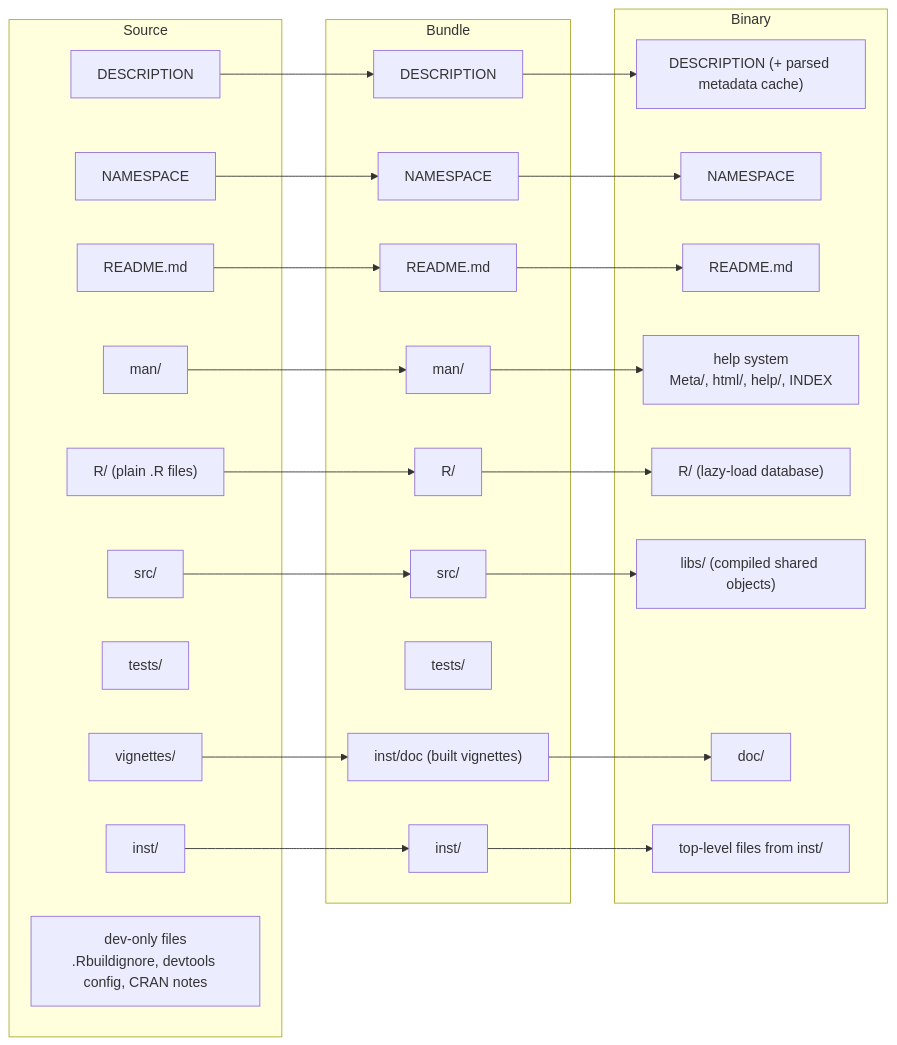
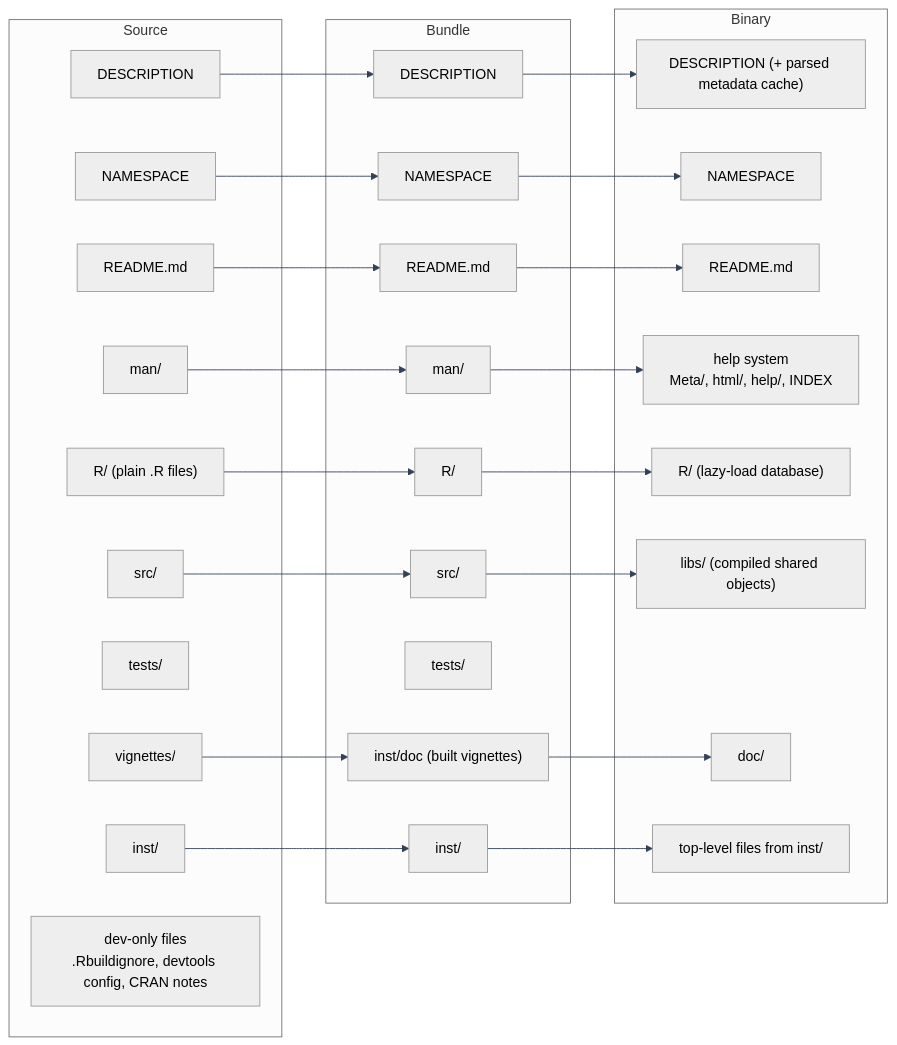
One commit to BAUDOTlab/teaching_material changed the second of 3 diagrams in R/R_package.qmd. Above: the diagram before and after it, drawn with Mermaid. The commit also changed other lines of this file and 78 other files, not shown here.

````diff
--- a/R/R_package.qmd
+++ b/R/R_package.qmd
@@ -265,47 +275,48 @@
 ```{mermaid}
+%%{init: {'theme': 'neutral', 'themeVariables': { 'primaryColor': '#eef6fb', 'primaryTextColor': '#111827', 'lineColor': '#334155', 'secondaryColor': '#f8fafc', 'tertiaryColor': '#ffffff', 'background': 'transparent'}}}%%
 flowchart LR
     subgraph S["Source"]
       S1["DESCRIPTION"]
       S2["NAMESPACE"]
       S3["README.md"]
       S4["man/"]
       S5["R/ (plain .R files)"]
       S6["src/"]
       S7["tests/"]
       S8["vignettes/"]
       S9["inst/"]
       S10["dev-only files<br/>.Rbuildignore, devtools config, CRAN notes"]
     end
 
     subgraph B["Bundle"]
       B1["DESCRIPTION"]
       B2["NAMESPACE"]
       B3["README.md"]
       B4["man/"]
       B5["R/"]
       B6["src/"]
       B7["tests/"]
       B8["inst/doc (built vignettes)"]
       B9["inst/"]
     end
 
     subgraph Y["Binary"]
       Y1["DESCRIPTION (+ parsed metadata cache)"]
       Y2["NAMESPACE"]
       Y3["README.md"]
       Y4["help system<br/>Meta/, html/, help/, INDEX"]
       Y5["R/ (lazy-load database)"]
       Y6["libs/ (compiled shared objects)"]
       Y7["doc/"]
       Y8["top-level files from inst/"]
     end
 
     S1 --> B1 --> Y1
     S2 --> B2 --> Y2
     S3 --> B3 --> Y3
     S4 --> B4 --> Y4
     S5 --> B5 --> Y5
     S6 --> B6 --> Y6
     S8 --> B8 --> Y7
     S9 --> B9 --> Y8
 ```
````
